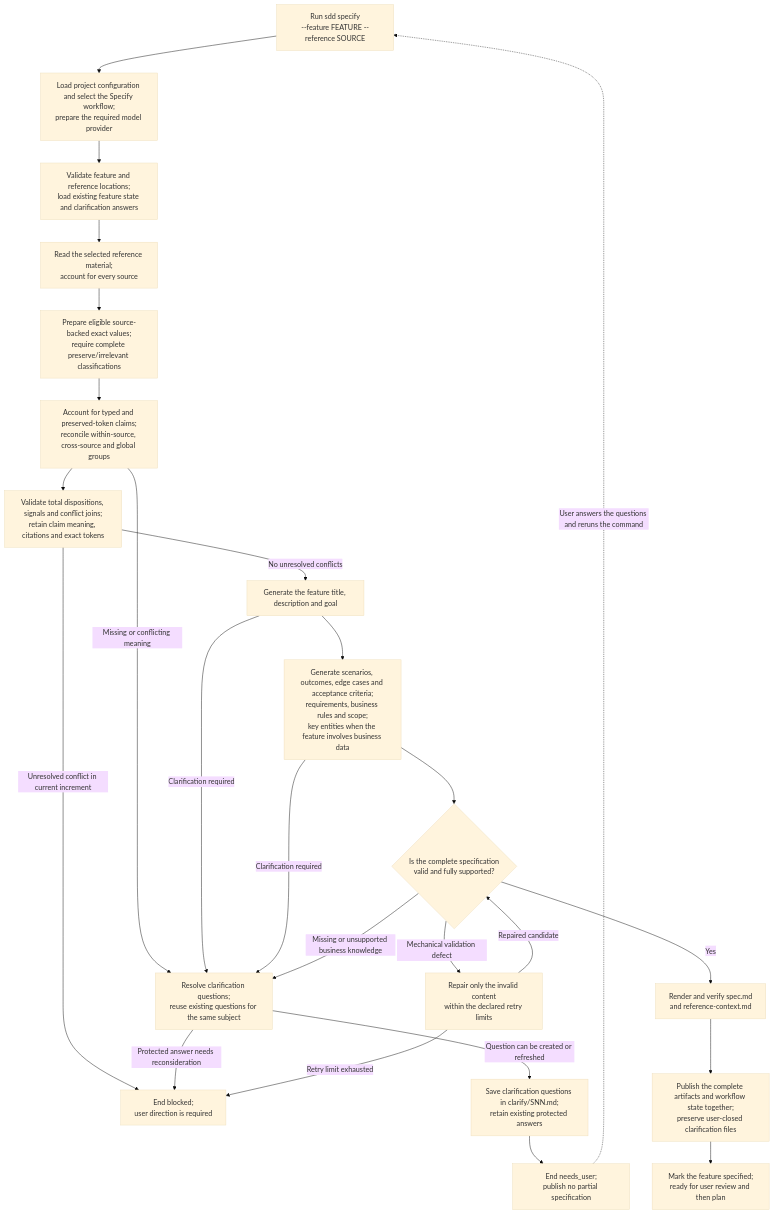
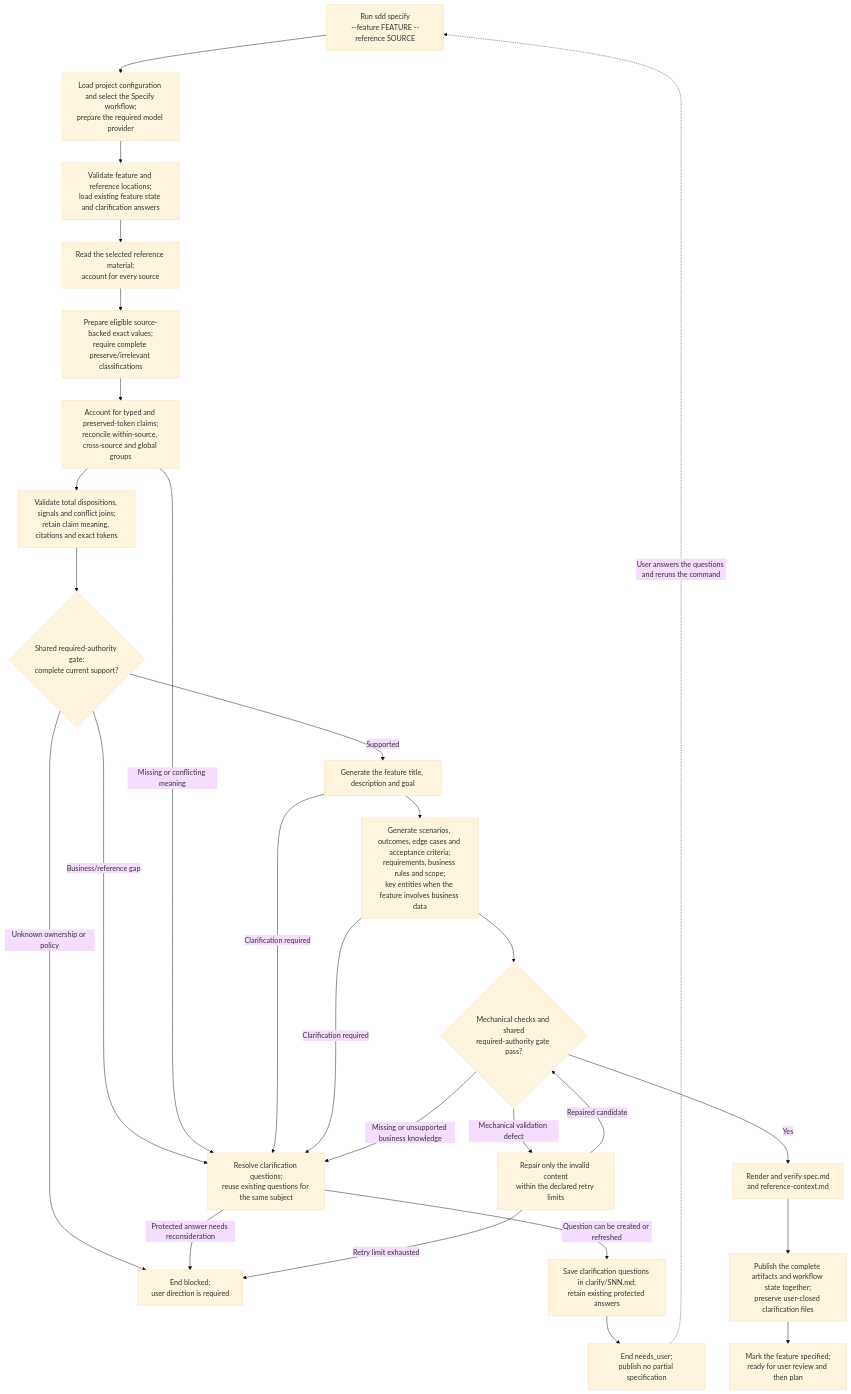
The diagram in design/diagrams/10-spec-workflow.md (littledespot/sdde), drawn with Mermaid (base theme) before and after one commit. The commit also changed other lines of this file and 65 other files, not shown here.

````diff
--- a/design/diagrams/10-spec-workflow.md
+++ b/design/diagrams/10-spec-workflow.md
@@ -3,32 +3,34 @@
 ```mermaid
 flowchart TD
     START["Run sdd specify<br/>--feature FEATURE --reference SOURCE"]
     START --> SETUP["Load project configuration and select the Specify workflow;<br/>prepare the required model provider"]
     SETUP --> INPUTS["Validate feature and reference locations;<br/>load existing feature state and clarification answers"]
     INPUTS --> READ["Read the selected reference material;<br/>account for every source"]
     READ --> EXACT["Prepare eligible source-backed exact values;<br/>require complete preserve/irrelevant classifications"]
     EXACT --> UNDERSTAND["Account for typed and preserved-token claims;<br/>reconcile within-source, cross-source and global groups"]
     UNDERSTAND --> RECONCILED["Validate total dispositions, signals and conflict joins;<br/>retain claim meaning, citations and exact tokens"]
-    RECONCILED -->|No unresolved conflicts| BRIEF["Generate the feature title, description and goal"]
-    RECONCILED -->|Unresolved conflict in current increment| BLOCKED
+    RECONCILED --> AUTH{"Shared required-authority gate:<br/>complete current support?"}
+    AUTH -->|Supported| BRIEF["Generate the feature title, description and goal"]
+    AUTH -->|Business/reference gap| CLARIFY
+    AUTH -->|Unknown ownership or policy| BLOCKED
     BRIEF --> SPEC["Generate scenarios, outcomes, edge cases and acceptance criteria;<br/>requirements, business rules and scope;<br/>key entities when the feature involves business data"]
-    SPEC --> CHECK{"Is the complete specification<br/>valid and fully supported?"}
+    SPEC --> CHECK{"Mechanical checks and shared<br/>required-authority gate pass?"}
 
     CHECK -->|Yes| RENDER["Render and verify spec.md<br/>and reference-context.md"]
     RENDER --> PUBLISH["Publish the complete artifacts and workflow state together;<br/>preserve user-closed clarification files"]
     PUBLISH --> DONE["Mark the feature specified;<br/>ready for user review and then plan"]
 
     UNDERSTAND -->|Missing or conflicting meaning| CLARIFY
     BRIEF -->|Clarification required| CLARIFY
     SPEC -->|Clarification required| CLARIFY
     CHECK -->|Missing or unsupported business knowledge| CLARIFY
     CLARIFY["Resolve clarification questions;<br/>reuse existing questions for the same subject"]
     CLARIFY -->|Protected answer needs reconsideration| BLOCKED["End blocked;<br/>user direction is required"]
     CLARIFY -->|Question can be created or refreshed| QUESTIONS["Save clarification questions in clarify/SNN.md;<br/>retain existing protected answers"]
     QUESTIONS --> NEEDSUSER["End needs_user;<br/>publish no partial specification"]
     NEEDSUSER -. User answers the questions and reruns the command .-> START
 
     CHECK -->|Mechanical validation defect| REPAIR["Repair only the invalid content<br/>within the declared retry limits"]
     REPAIR -->|Repaired candidate| CHECK
     REPAIR -->|Retry limit exhausted| BLOCKED
 ```
````
